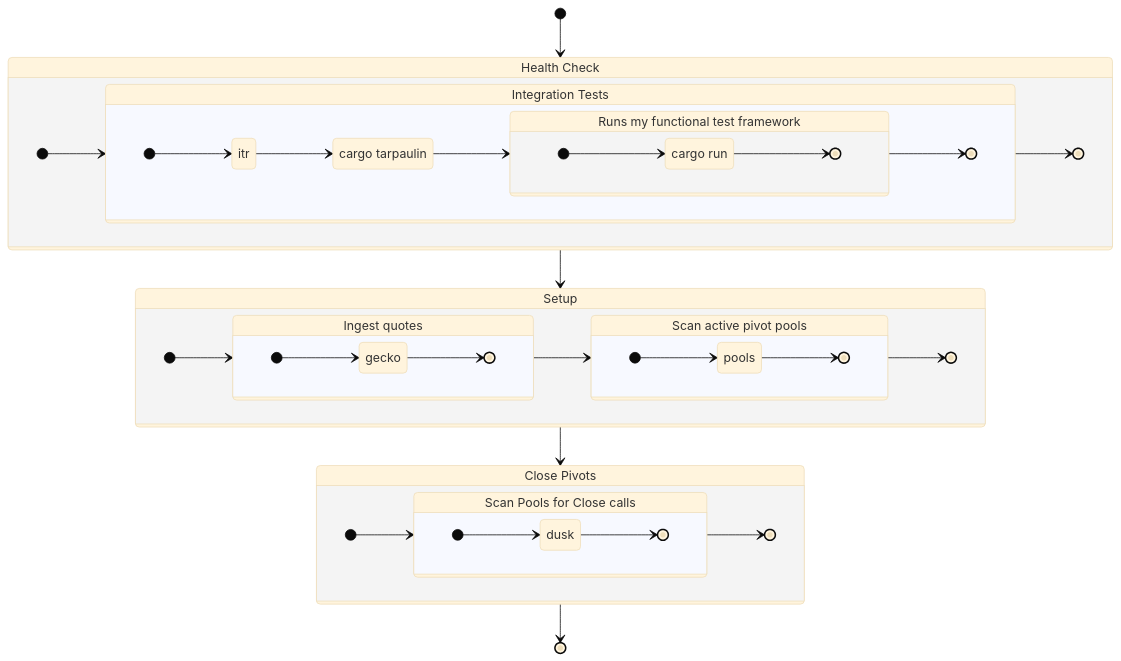
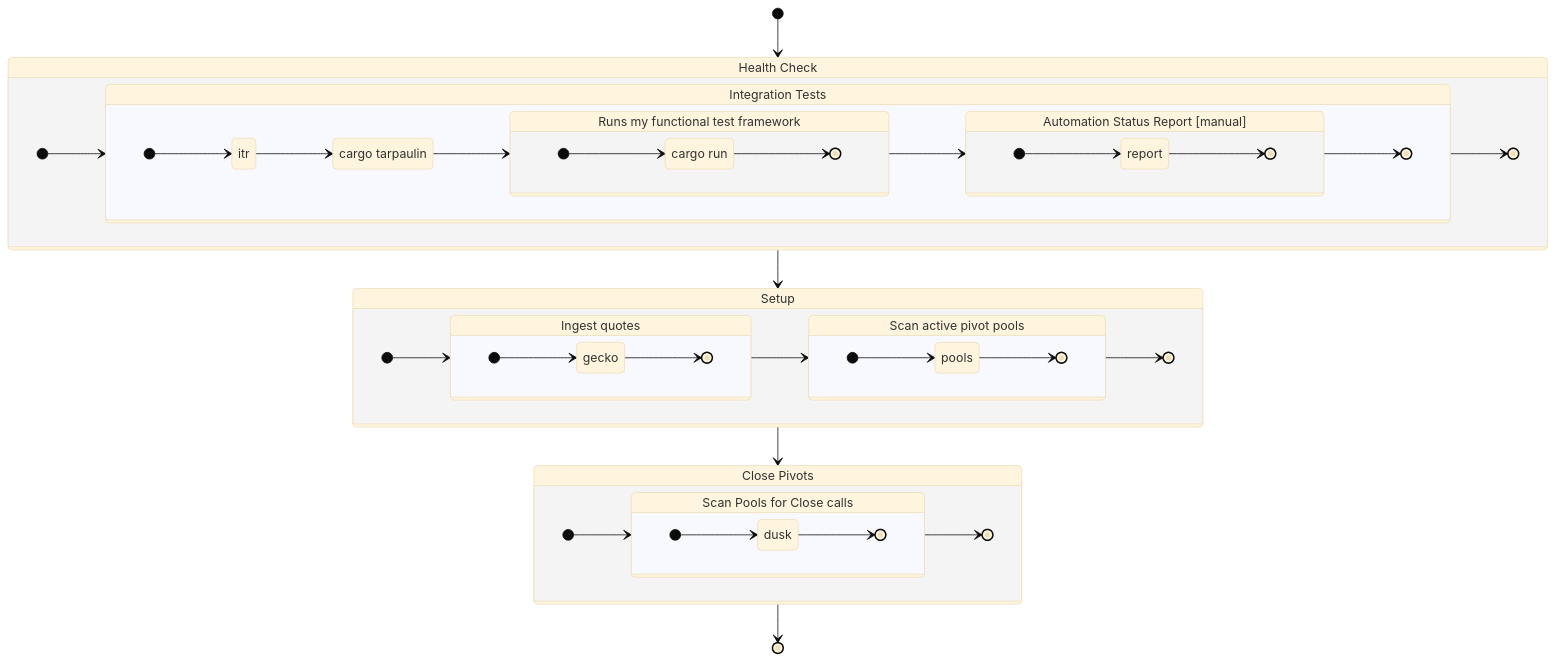
The diagram in dapps/README.md (pivoteur/protocol), drawn with Mermaid (base theme) before and after one commit.

Commit message:
Added automation status report

````diff
--- a/dapps/README.md
+++ b/dapps/README.md
@@ -5,67 +5,74 @@
 ```mermaid
 stateDiagram-v2
    Run: cargo run
    [*] --> Tests
    Tests --> Setup
    Setup --> Closes
    Closes --> [*]
 
    Tests: Health Check
    state Tests {
       direction LR
       [*] --> Integration
       Integration --> [*]
 
       Integration: Integration Tests
       state Integration {
          direction LR
          Tarp: cargo tarpaulin
          [*] --> itr
          itr --> Tarp
          Tarp --> Func
-         Func --> [*]
+         Func --> Rep
+         Rep --> [*]
          Func: Runs my functional test framework
          state Func {
             direction LR
             [*] --> Run
             Run --> [*]
+         }
+         Rep: Automation Status Report [manual]
+         state Rep {
+            direction LR
+            [*] --> report
+            report --> [*]
          }
       }
    }
 
    Setup: Setup
    state Setup {
       direction LR
       [*] --> Quotes
       Quotes --> Pools
       Pools --> [*]
 
       Quotes: Ingest quotes
       state Quotes {
          direction LR
          [*] --> gecko
          gecko --> [*]
       }
 
       Pools: Scan active pivot pools
       state Pools {
          direction LR
          [*] --> pools
          pools --> [*]
       }
    }
 
    Closes: Close Pivots
    state Closes {
       direction LR
       [*] --> Scan
       Scan --> [*]
 
       Scan: Scan Pools for Close calls
       state Scan {
          direction LR
          [*] --> dusk
          dusk --> [*]
       }
    }
 ```
````
